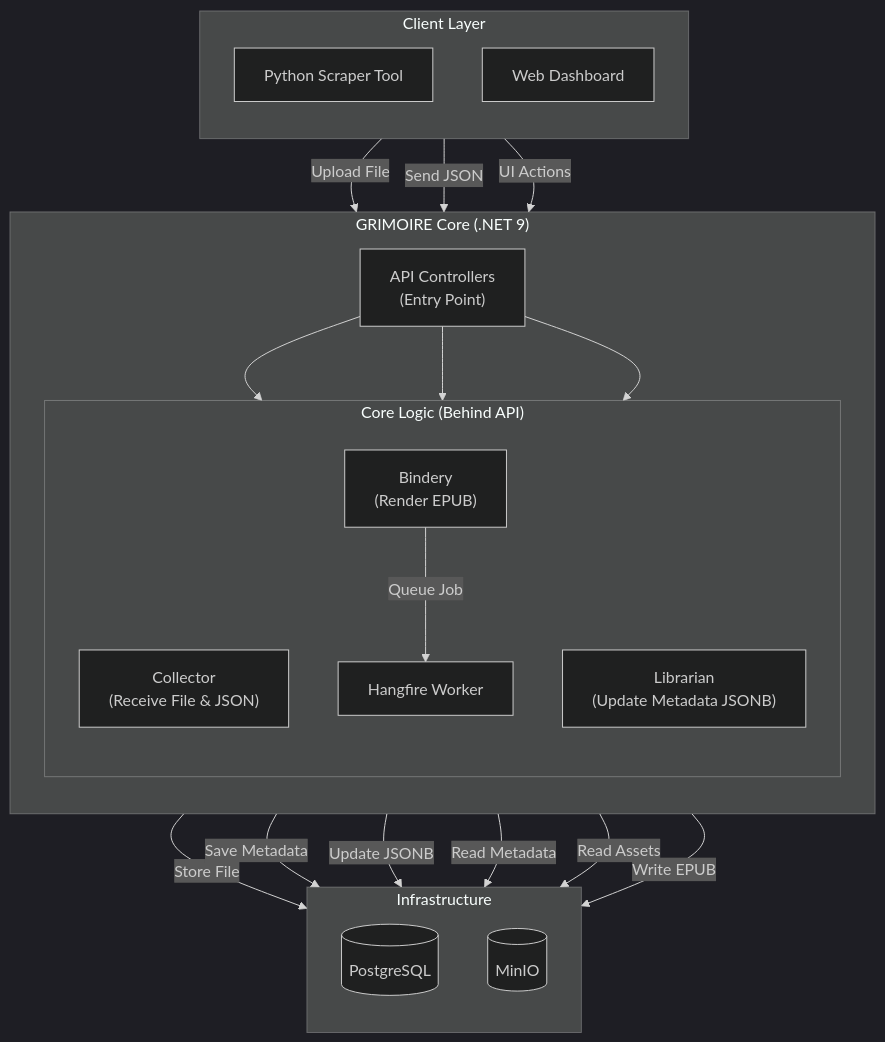
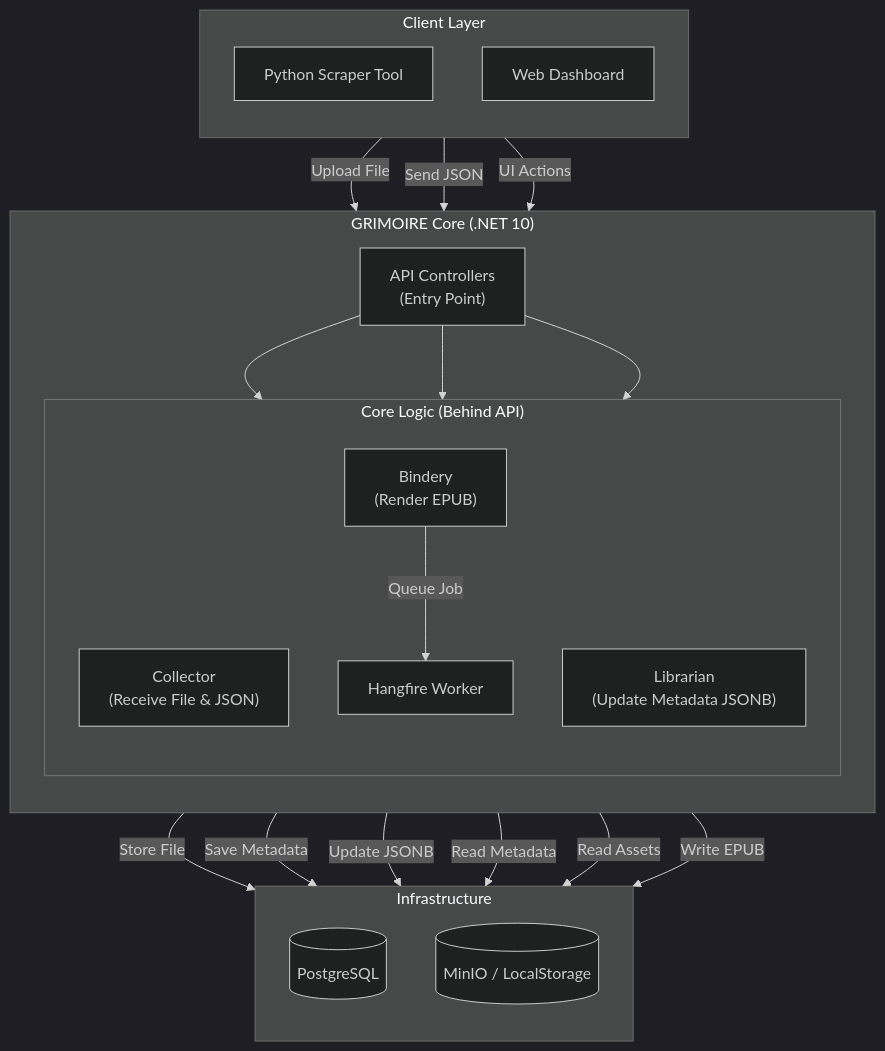
The fifth of 5 diagrams in doc/diagram.md (fm39hz/Grimoire.NET), drawn with Mermaid (dark theme) before and after one commit. The commit also changed other lines of this file and 5 other files, not shown here.

````diff
--- a/doc/diagram.md
+++ b/doc/diagram.md
@@ -148,51 +148,51 @@
 ```mermaid
 graph TD
   %% LAYER 1 — CLIENT
   subgraph L1["Client Layer"]
     direction TB
     Scraper["Python Scraper Tool"]
     Browser["Web Dashboard"]
   end
 
-  %% LAYER 2 — GRIMOIRE CORE (.NET 9)
-  subgraph L2["GRIMOIRE Core (.NET 9)"]
+  %% LAYER 2 — GRIMOIRE CORE (.NET 10)
+  subgraph L2["GRIMOIRE Core (.NET 10)"]
     direction TB
     API["API Controllers<br/>(Entry Point)"]
 
     subgraph CoreLogic["Core Logic (Behind API)"]
       direction TB
       Col["Collector<br/>(Receive File & JSON)"]
       Lib["Librarian<br/>(Update Metadata JSONB)"]
       Bind["Bindery<br/>(Render EPUB)"]
       Job["Hangfire Worker"]
     end
   end
 
   %% LAYER 3 — INFRASTRUCTURE
   subgraph L3["Infrastructure"]
     direction TB
     DB[(PostgreSQL)]
-    Sto[(MinIO)]
+    Sto[(MinIO / LocalStorage)]
   end
 
   %% FLOWS
   Scraper -->|Upload File| API
   Scraper -->|Send JSON| API
   Browser -->|UI Actions| API
 
   API --> Col
   API --> Lib
   API --> Bind
 
   Col -->|Store File| Sto
   Col -->|Save Metadata| DB
 
   Lib -->|Update JSONB| DB
 
   Bind -->|Queue Job| Job
 
   Job -->|Read Metadata| DB
   Job -->|Read Assets| Sto
   Job -->|Write EPUB| Sto
 
 ```
````
